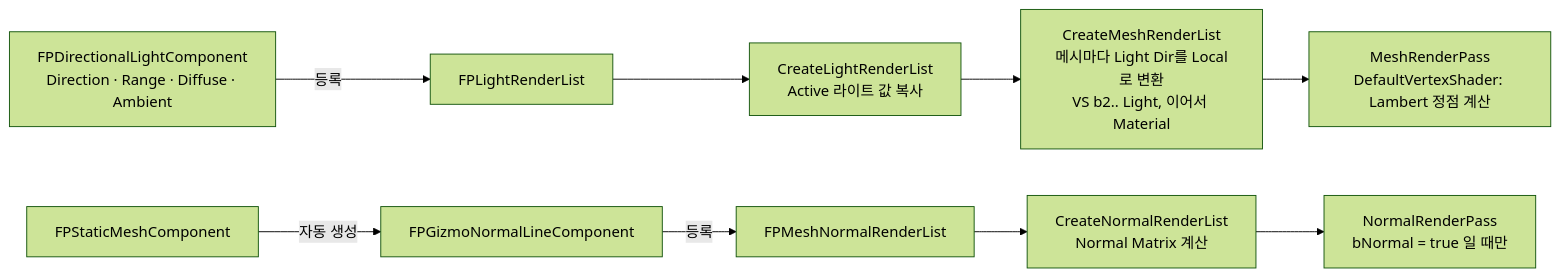
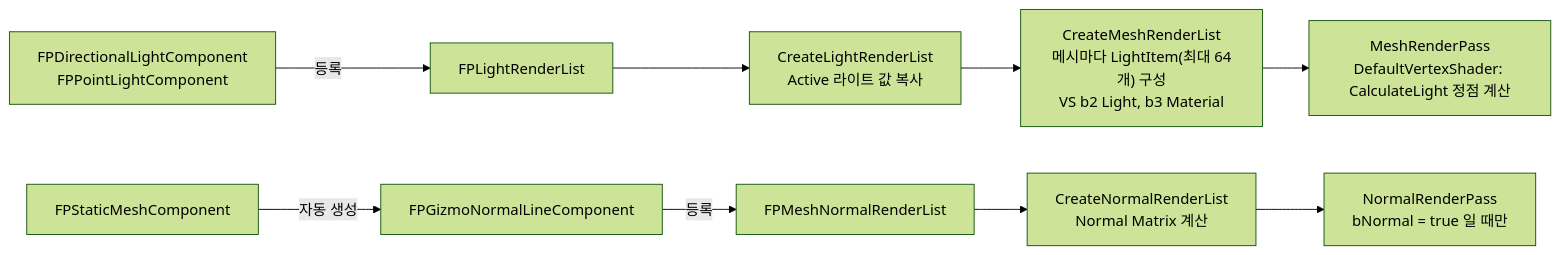
The ninth of 16 diagrams in README.md (Gat-Young/ForestPearlEngine), drawn with Mermaid (forest theme) before and after one commit. The commit also changed other lines of this file, not shown here.

````diff
--- a/README.md
+++ b/README.md
@@ -867,11 +874,11 @@
 ```mermaid
 flowchart LR
-    DL["FPDirectionalLightComponent<br/>Direction · Range · Diffuse · Ambient"] -->|"등록"| LL["FPLightRenderList"]
+    DL["FPDirectionalLightComponent<br/>FPPointLightComponent"] -->|"등록"| LL["FPLightRenderList"]
     LL --> CL["CreateLightRenderList<br/>Active 라이트 값 복사"]
-    CL --> CM["CreateMeshRenderList<br/>메시마다 Light Dir를 Local로 변환<br/>VS b2.. Light, 이어서 Material"]
-    CM --> MP["MeshRenderPass<br/>DefaultVertexShader: Lambert 정점 계산"]
+    CL --> CM["CreateMeshRenderList<br/>메시마다 LightItem(최대 64개) 구성<br/>VS b2 Light, b3 Material"]
+    CM --> MP["MeshRenderPass<br/>DefaultVertexShader: CalculateLight 정점 계산"]
     SM["FPStaticMeshComponent"] -->|"자동 생성"| NL["FPGizmoNormalLineComponent"]
     NL -->|"등록"| NR["FPMeshNormalRenderList"]
     NR --> CN["CreateNormalRenderList<br/>Normal Matrix 계산"]
     CN --> NP["NormalRenderPass<br/>bNormal = true 일 때만"]
 ```
````
